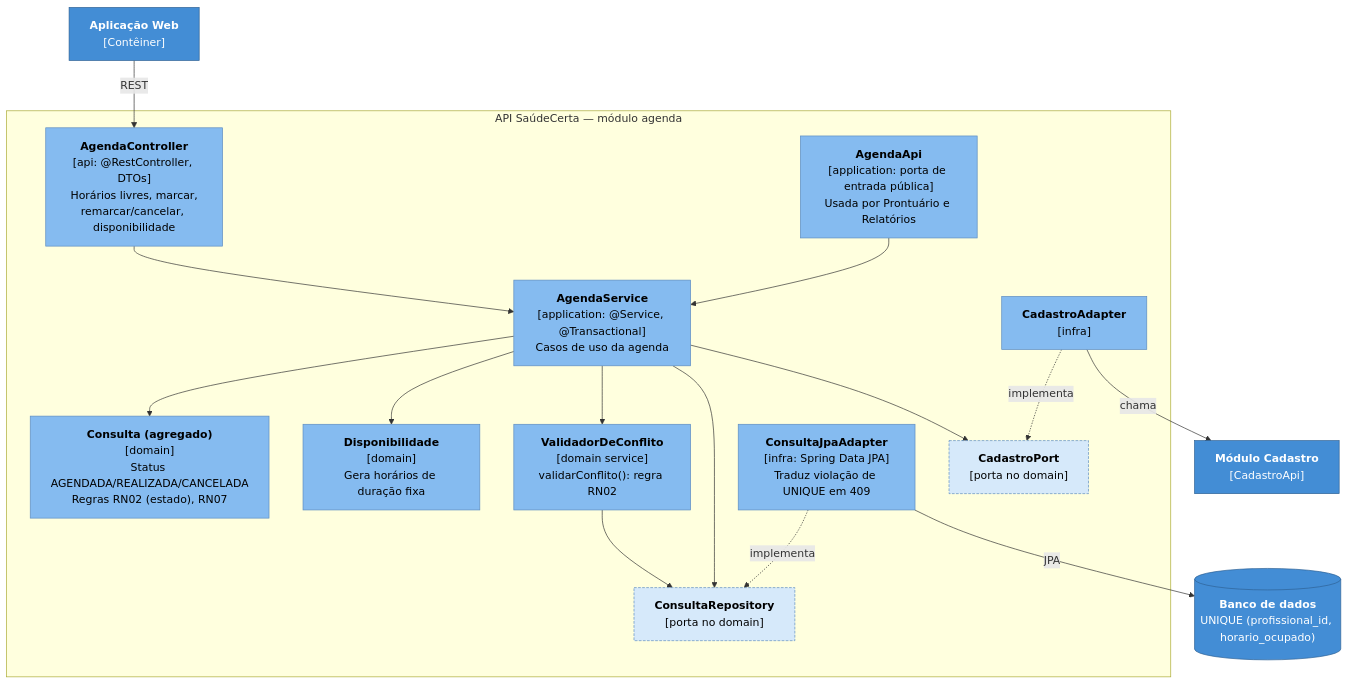
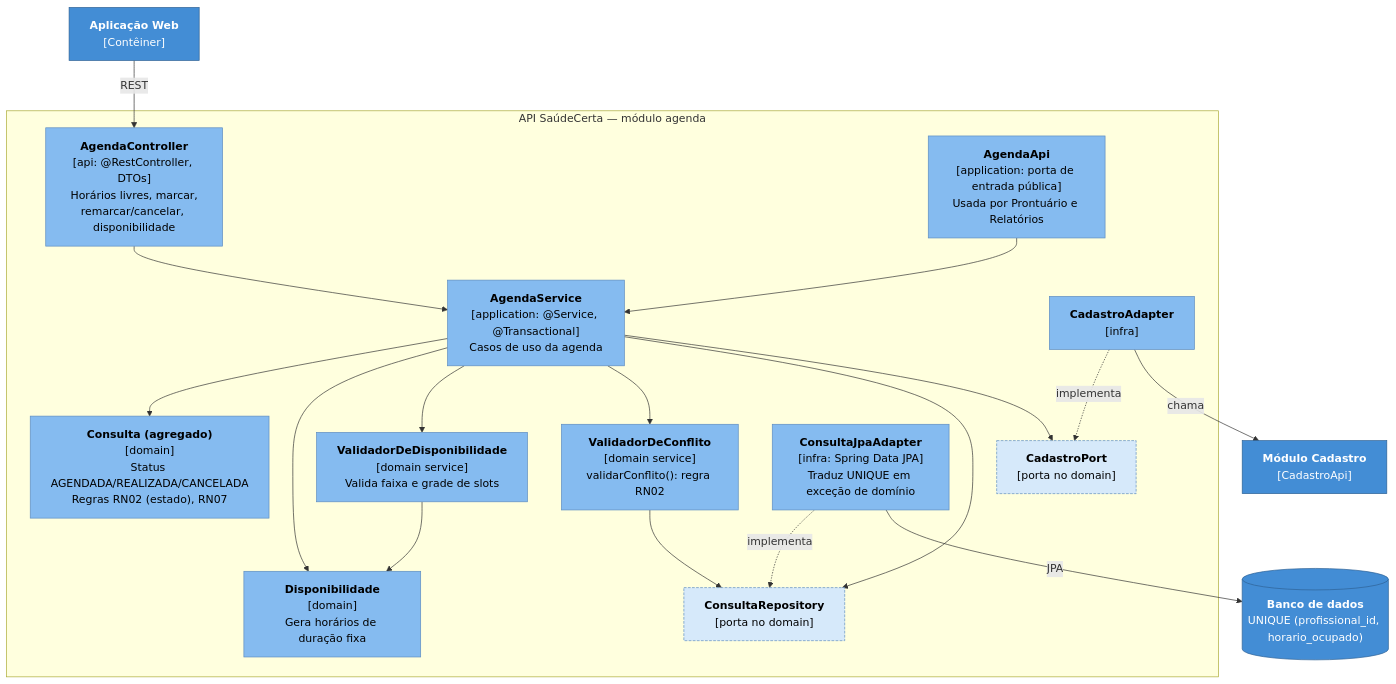
Before and after one commit to Dex057/equipe-02-saudecerta: the fifth of 6 diagrams in docs/arquitetura.md, drawn with Mermaid. The commit also changed other lines of this file and 4 other files, not shown here.

````diff
--- a/docs/arquitetura.md
+++ b/docs/arquitetura.md
@@ -217,41 +220,44 @@
 ```mermaid
 flowchart TB
     spa["<b>Aplicação Web</b><br/>[Contêiner]"]
 
     subgraph api["API SaúdeCerta — módulo agenda"]
         agc["<b>AgendaController</b><br/>[api: @RestController, DTOs]<br/>Horários livres, marcar,<br/>remarcar/cancelar, disponibilidade"]
         ags["<b>AgendaService</b><br/>[application: @Service, @Transactional]<br/>Casos de uso da agenda"]
         con["<b>Consulta (agregado)</b><br/>[domain]<br/>Status AGENDADA/REALIZADA/CANCELADA<br/>Regras RN02 (estado), RN07"]
         dsp["<b>Disponibilidade</b><br/>[domain]<br/>Gera horários de duração fixa"]
         val["<b>ValidadorDeConflito</b><br/>[domain service]<br/>validarConflito(): regra RN02"]
+        vd["<b>ValidadorDeDisponibilidade</b><br/>[domain service]<br/>Valida faixa e grade de slots"]
         cr["<b>ConsultaRepository</b><br/>[porta no domain]"]
         cdp["<b>CadastroPort</b><br/>[porta no domain]"]
-        cja["<b>ConsultaJpaAdapter</b><br/>[infra: Spring Data JPA]<br/>Traduz violação de UNIQUE em 409"]
+        cja["<b>ConsultaJpaAdapter</b><br/>[infra: Spring Data JPA]<br/>Traduz UNIQUE em exceção de domínio"]
         cda["<b>CadastroAdapter</b><br/>[infra]"]
         api2["<b>AgendaApi</b><br/>[application: porta de entrada pública]<br/>Usada por Prontuário e Relatórios"]
     end
 
     cad["<b>Módulo Cadastro</b><br/>[CadastroApi]"]
     db[("<b>Banco de dados</b><br/>UNIQUE (profissional_id, horario_ocupado)")]
 
     spa -->|"REST"| agc
     agc --> ags
     ags --> con
     ags --> dsp
+    ags --> vd
     ags --> val
     ags --> cr
     ags --> cdp
     val --> cr
+    vd --> dsp
     cja -.->|"implementa"| cr
     cda -.->|"implementa"| cdp
     cja -->|"JPA"| db
     cda -->|"chama"| cad
     api2 --> ags
 
     classDef container fill:#438dd5,stroke:#2e6295,color:#fff
     classDef comp fill:#85bbf0,stroke:#5d8cc0,color:#000
     classDef port fill:#d6e9fa,stroke:#5d8cc0,color:#000,stroke-dasharray:4 2
     class spa,db,cad container
-    class agc,ags,con,dsp,val,cja,cda,api2 comp
+    class agc,ags,con,dsp,val,vd,cja,cda,api2 comp
     class cr,cdp port
 ```
````
